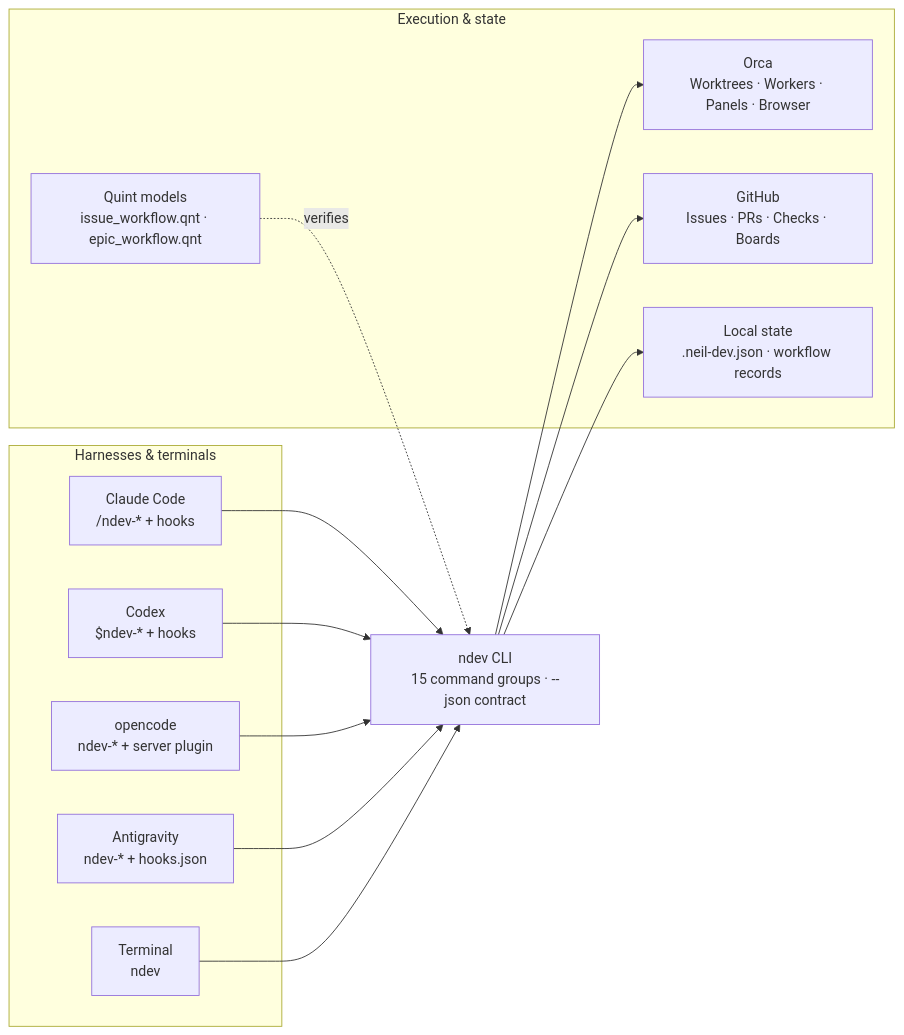
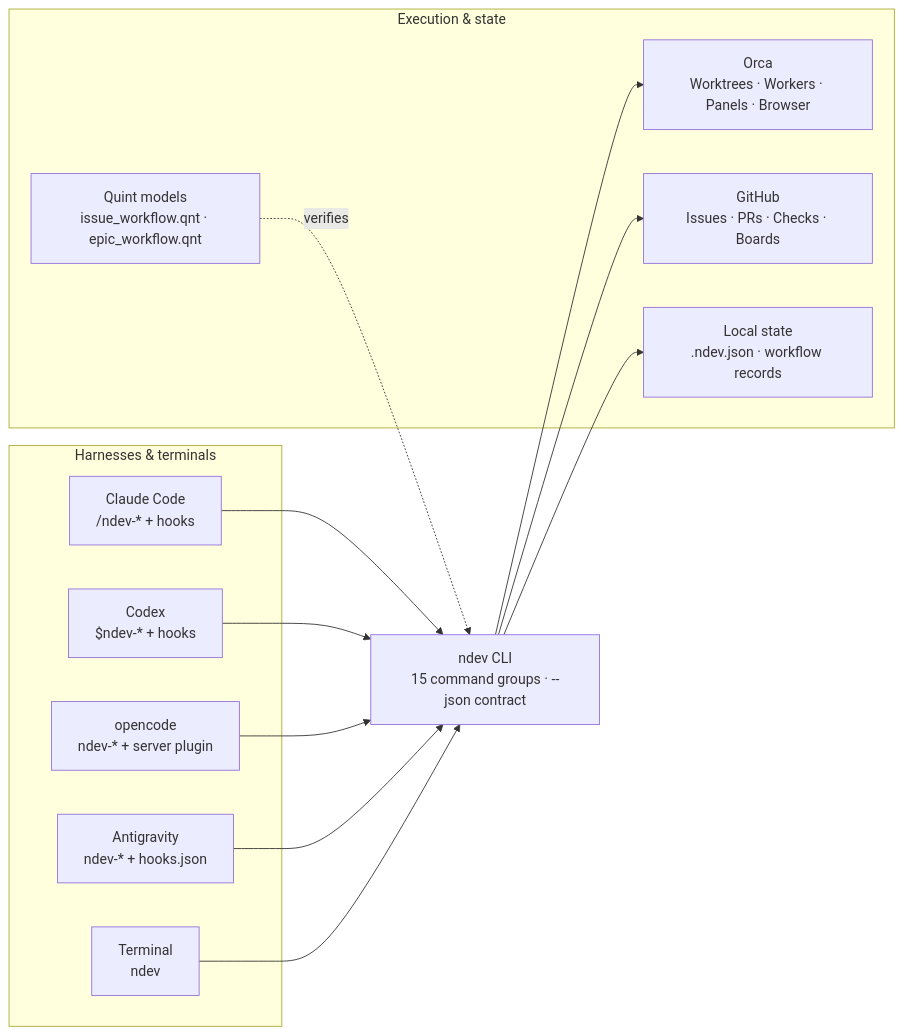
One commit to neilellis/ndev changed the first of 4 diagrams in README.md. Above: the diagram before and after it, drawn with Mermaid. The commit also changed other lines of this file and 99 other files, not shown here.

First line of the commit message:
Read .ndev.json, fall back to .neil-dev.json, and write only .ndev.json

````diff
--- a/README.md
+++ b/README.md
@@ -27,29 +27,29 @@
 ```mermaid
 flowchart LR
     subgraph Callers["Harnesses & terminals"]
         CC["Claude Code\n/ndev-* + hooks"]
         CX["Codex\n$ndev-* + hooks"]
         OC["opencode\nndev-* + server plugin"]
         AG["Antigravity\nndev-* + hooks.json"]
         SH["Terminal\nndev <group> <cmd>"]
     end
 
     CLI["ndev CLI\n15 command groups · --json contract"]
 
     subgraph Engines["Execution & state"]
         ORCA["Orca\nWorktrees · Workers · Panels · Browser"]
         GH["GitHub\nIssues · PRs · Checks · Boards"]
-        STATE["Local state\n.neil-dev.json · workflow records"]
+        STATE["Local state\n.ndev.json · workflow records"]
         QUINT["Quint models\nissue_workflow.qnt · epic_workflow.qnt"]
     end
 
     CC --> CLI
     CX --> CLI
     OC --> CLI
     AG --> CLI
     SH --> CLI
     CLI --> ORCA
     CLI --> GH
     CLI --> STATE
     QUINT -. verifies .-> CLI
 ```
````
